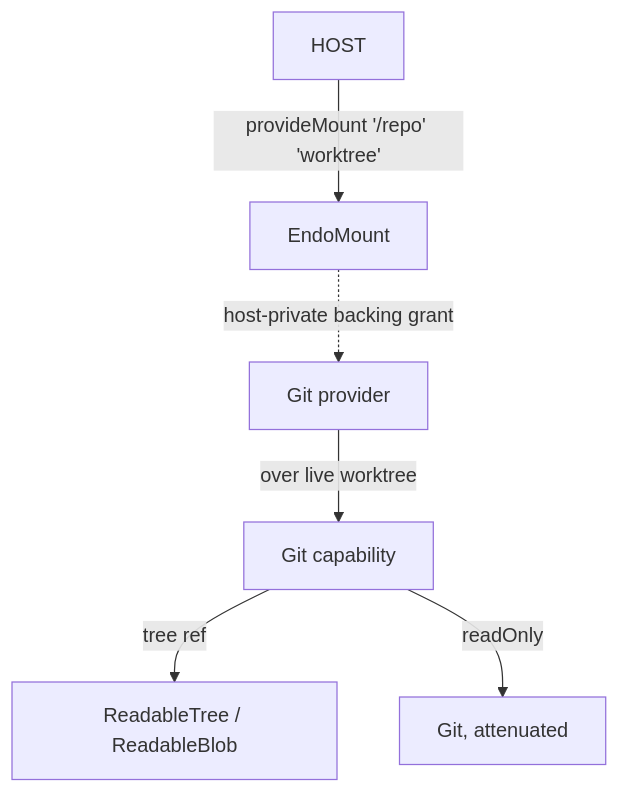
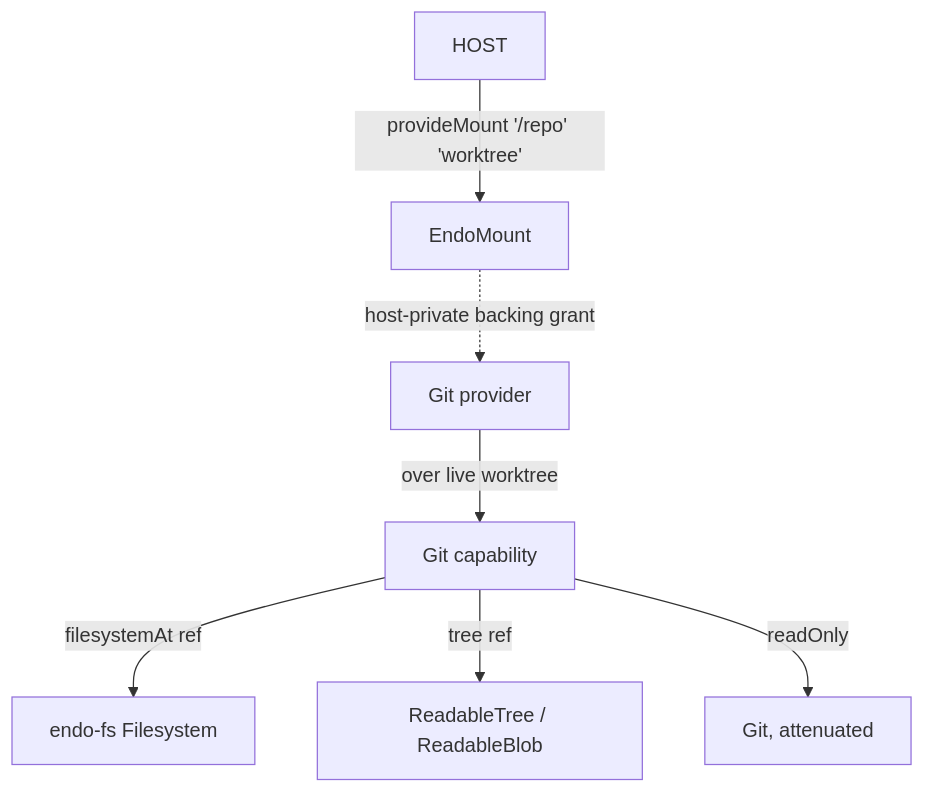
The first of 3 diagrams in plan/designs/endo-but-for-bots/daemon-git-capability.md (kriscendobot/garden), drawn with Mermaid before and after one commit. The commit also changed other lines of this file, not shown here.

Commit message:
library-edit: designer wrote plan/designs/endo-but-for-bots/daemon-git-capability.md on endolin-garden-ece02cb4

````diff
--- a/plan/designs/endo-but-for-bots/daemon-git-capability.md
+++ b/plan/designs/endo-but-for-bots/daemon-git-capability.md
@@ -114,8 +116,9 @@
 ```mermaid
 flowchart TD
   host[HOST] -->|provideMount '/repo' 'worktree'| mount[EndoMount]
   mount -.->|host-private backing grant| gitProvider[Git provider]
   gitProvider -->|over live worktree| git[Git capability]
+  git -->|filesystemAt ref| fs[endo-fs Filesystem]
   git -->|tree ref| rt[ReadableTree / ReadableBlob]
   git -->|readOnly| roGit[Git, attenuated]
 ```
````
